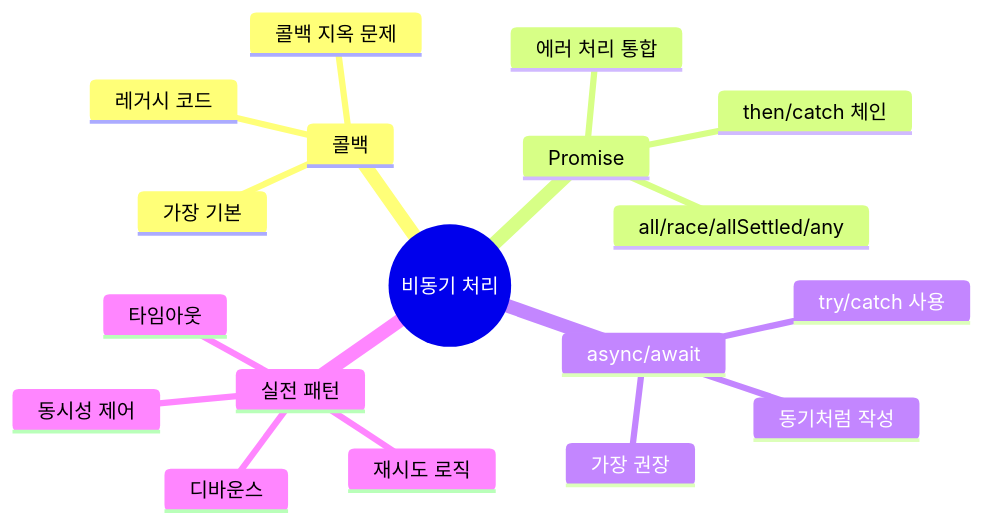
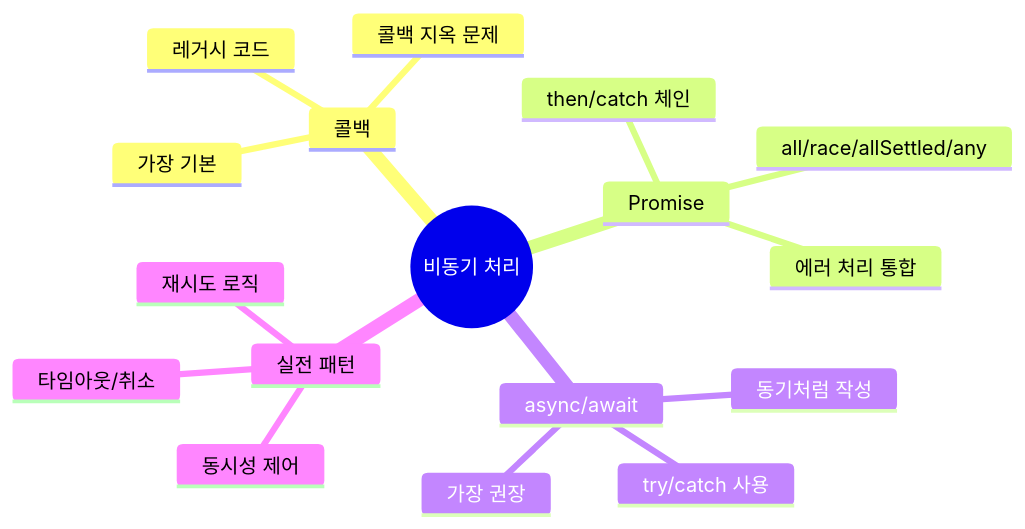
One commit to yjkim2015/yjkim2015.github.io changed the sixth of 6 diagrams in _posts/frontend/2026-05-02-js-async.md. Above: the diagram before and after it, drawn with Mermaid. The commit also changed other lines of this file and 122 other files, not shown here.

````diff
--- a/_posts/frontend/2026-05-02-js-async.md
+++ b/_posts/frontend/2026-05-02-js-async.md
@@ -712,21 +551,20 @@
 ```mermaid
 mindmap
   root((비동기 처리))
     콜백
       가장 기본
       콜백 지옥 문제
       레거시 코드
     Promise
       then/catch 체인
       all/race/allSettled/any
       에러 처리 통합
     async/await
       동기처럼 작성
       try/catch 사용
       가장 권장
     실전 패턴
       재시도 로직
-      타임아웃
+      타임아웃/취소
       동시성 제어
-      디바운스
 ```
````
